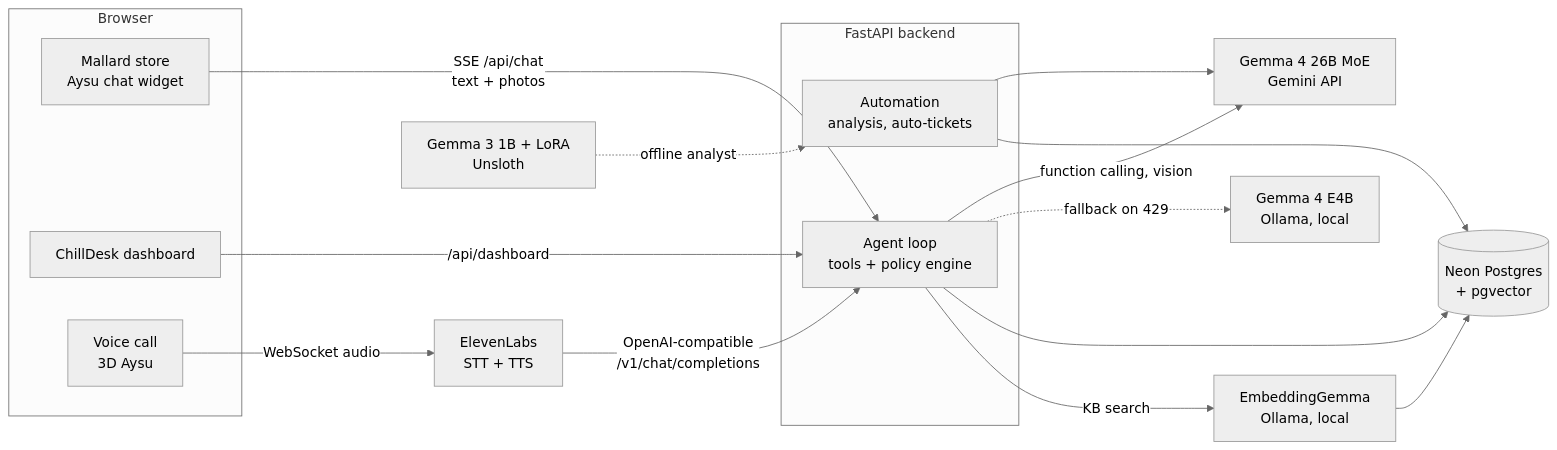
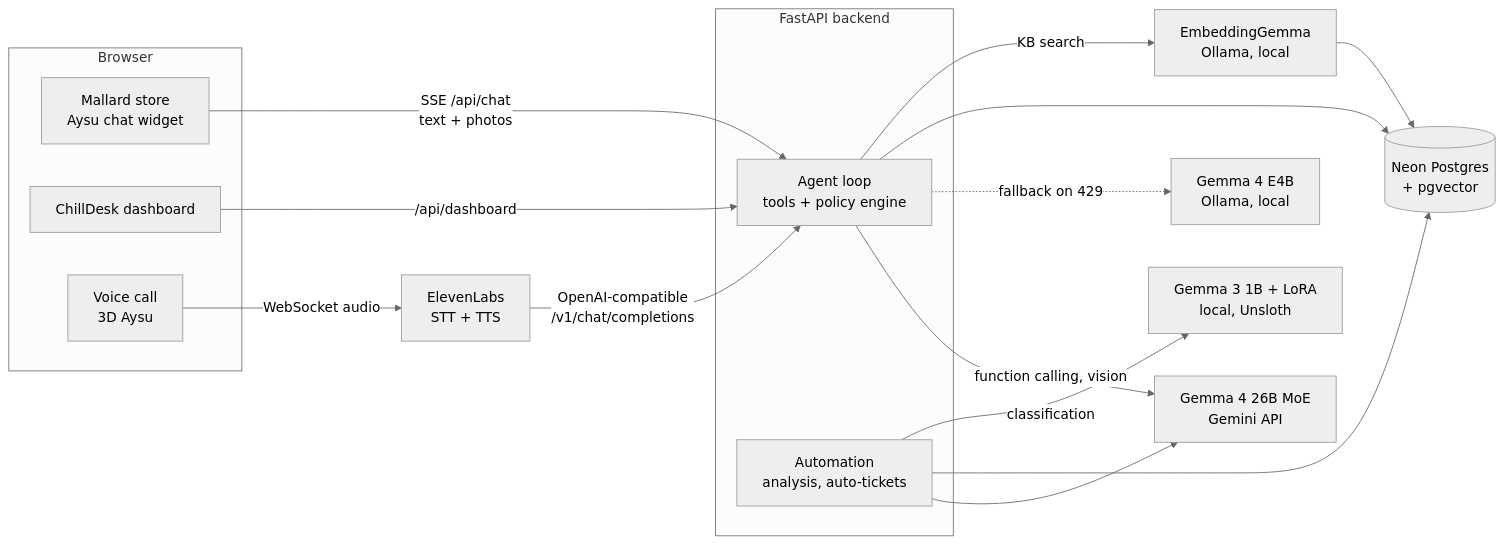
Before and after one commit to Ducktoberfest/team-Chill: the diagram in README.md, drawn with Mermaid (neutral theme). The commit also changed other lines of this file and 8 other files, not shown here.

Commit message:
Fine-tuned Gemma 3 1B + LoRA wired into the app: local analyst service classifies finished conversations in parallel with Gemma 4 26B; robust fallbacks

````diff
--- a/README.md
+++ b/README.md
@@ -96,24 +97,24 @@
 ```mermaid
 flowchart LR
     subgraph Browser
         S[Mallard store<br/>Aysu chat widget]
         D[ChillDesk dashboard]
         V[Voice call<br/>3D Aysu]
     end
     S -- "SSE /api/chat<br/>text + photos" --> B
     V -- "WebSocket audio" --> E[ElevenLabs<br/>STT + TTS]
     E -- "OpenAI-compatible<br/>/v1/chat/completions" --> B
     D -- "/api/dashboard" --> B
     subgraph Backend [FastAPI backend]
         B[Agent loop<br/>tools + policy engine]
         A[Automation<br/>analysis, auto-tickets]
     end
     B -- "function calling, vision" --> G4[Gemma 4 26B MoE<br/>Gemini API]
     B -. "fallback on 429" .-> L4[Gemma 4 E4B<br/>Ollama, local]
     A --> G4
     B --> N[(Neon Postgres<br/>+ pgvector)]
     A --> N
     B -- "KB search" --> EG[EmbeddingGemma<br/>Ollama, local]
     EG --> N
-    FT[Gemma 3 1B + LoRA<br/>Unsloth] -. "offline analyst" .-> A
+    A -- "classification" --> FT[Gemma 3 1B + LoRA<br/>local, Unsloth]
 ```
````
